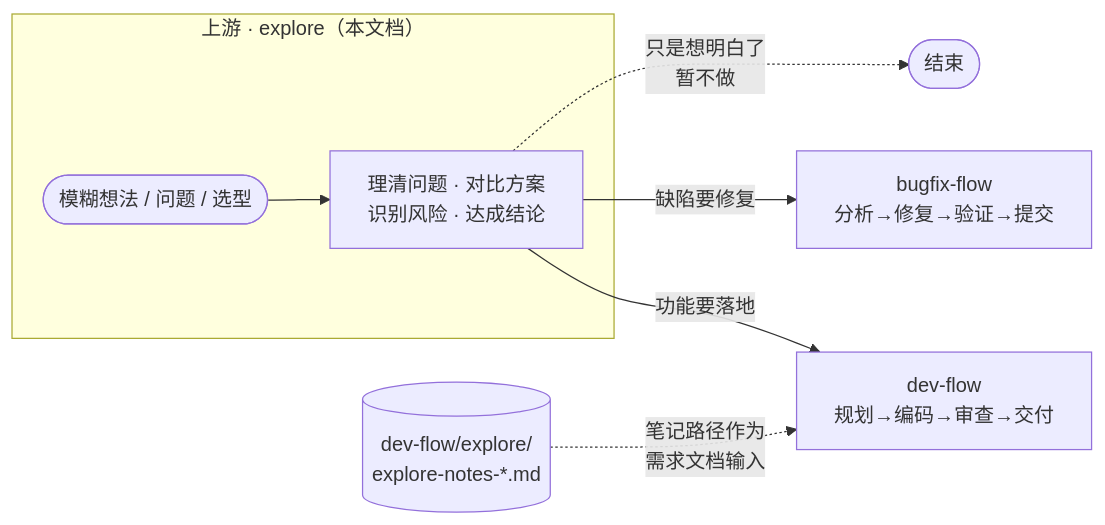
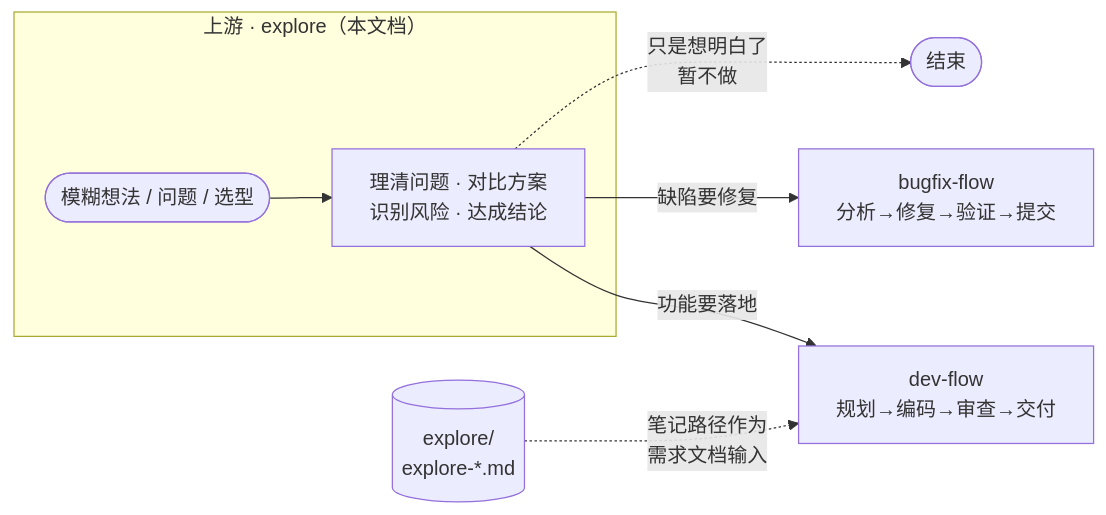
The fourth of 4 diagrams in docs/explore-DESIGN.md (GMshuS/opencode-study), drawn with Mermaid before and after one commit. The commit also changed other lines of this file and 9 other files, not shown here.

````diff
--- a/docs/explore-DESIGN.md
+++ b/docs/explore-DESIGN.md
@@ -201,11 +221,11 @@
 ```mermaid
 flowchart LR
     subgraph UP["上游 · explore（本文档）"]
         ID(["模糊想法 / 问题 / 选型"]) --> CLAR["理清问题 · 对比方案<br/>识别风险 · 达成结论"]
     end
     CLAR -->|"功能要落地"| DEV["dev-flow<br/>规划→编码→审查→交付"]
     CLAR -->|"缺陷要修复"| BF["bugfix-flow<br/>分析→修复→验证→提交"]
     CLAR -.->|"只是想明白了<br/>暂不做"| DONE(["结束"])
 
-    NOTES[("dev-flow/explore/<br/>explore-notes-*.md")] -.->|"笔记路径作为<br/>需求文档输入"| DEV
+    NOTES[("explore/<br/>explore-*.md")] -.->|"笔记路径作为<br/>需求文档输入"| DEV
 ```
````
